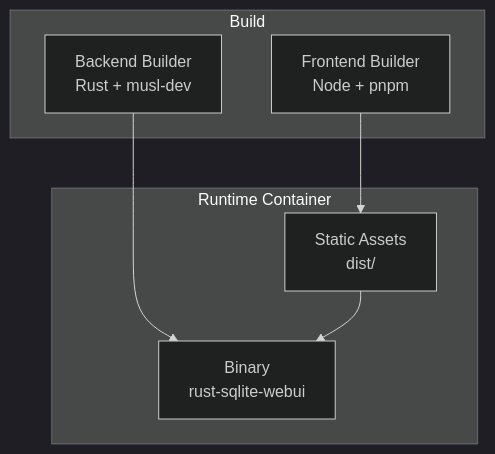
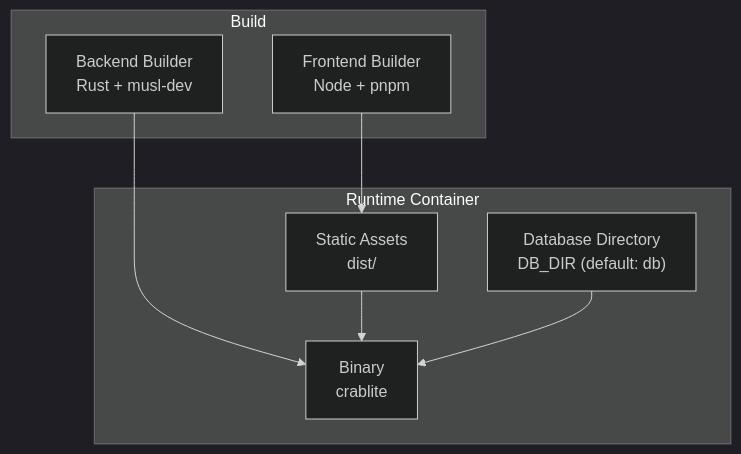
The first of 5 diagrams in .qoder/repowiki/en/content/Deployment & Operations/Deployment & Operations.md (sutanto1010/crablite), drawn with Mermaid (dark theme) before and after one commit. The commit also changed other lines of this file and 47 other files, not shown here.

First line of the commit message:
refactor(core): rename project to crablite and support configurable database directory

````diff
--- a/.qoder/repowiki/en/content/Deployment & Operations/Deployment & Operations.md
+++ b/.qoder/repowiki/en/content/Deployment & Operations/Deployment & Operations.md
@@ -34,14 +44,16 @@
 ```mermaid
 graph TB
 subgraph "Build"
 FB["Frontend Builder<br/>Node + pnpm"]
 BB["Backend Builder<br/>Rust + musl-dev"]
 end
 subgraph "Runtime Container"
-BIN["Binary<br/>rust-sqlite-webui"]
+BIN["Binary<br/>crablite"]
 DIST["Static Assets<br/>dist/"]
+DB["Database Directory<br/>DB_DIR (default: db)"]
 end
 FB --> DIST
 BB --> BIN
 DIST --> BIN
+DB --> BIN
 ```
````
